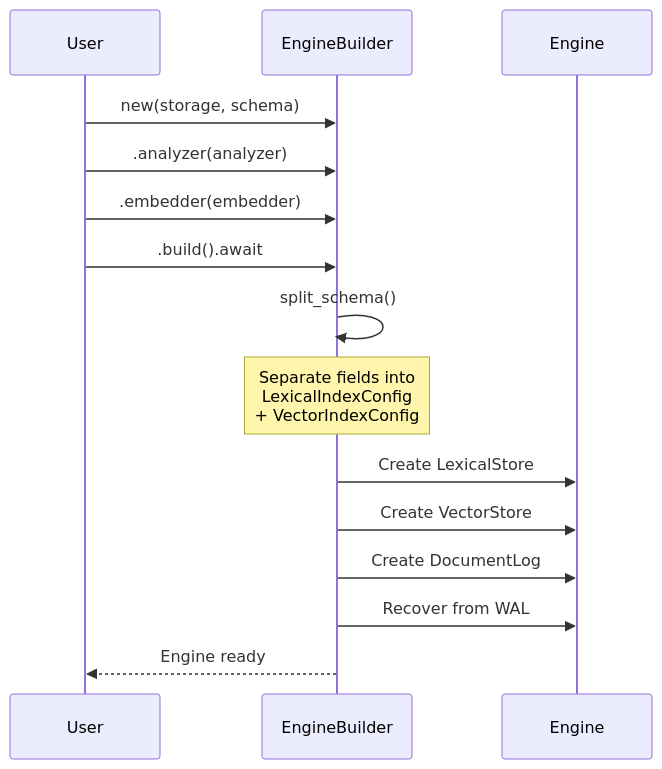
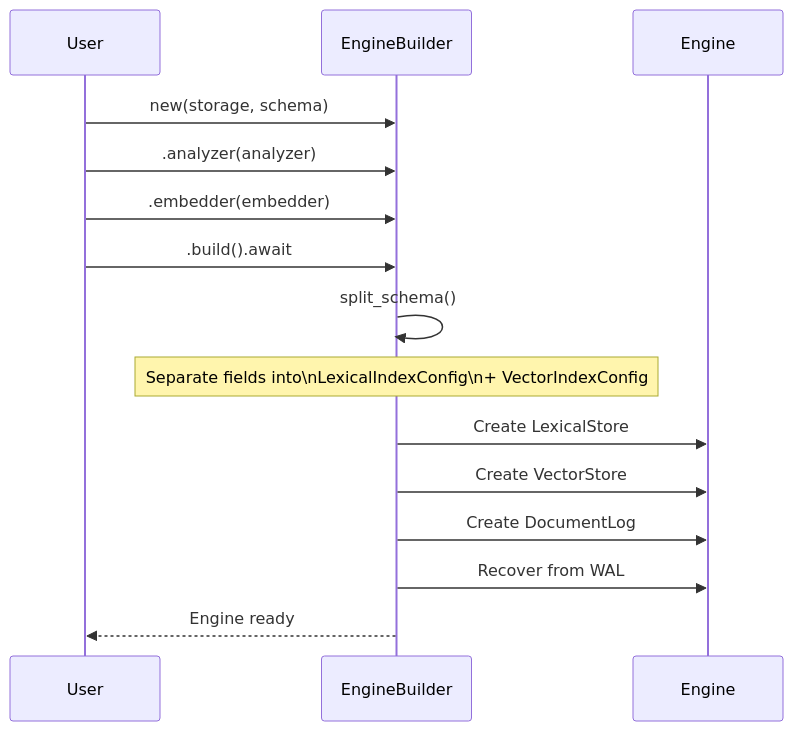
The second of 7 diagrams in docs/src/architecture.md (mosuka/iris), drawn with Mermaid before and after one commit. The commit also changed other lines of this file and 10 other files, not shown here.

Commit message:
Fix Mermaid diagrams

````diff
--- a/docs/src/architecture.md
+++ b/docs/src/architecture.md
@@ -48,18 +48,18 @@
-<div class="mermaid">
+```mermaid
 sequenceDiagram
     participant User
     participant EngineBuilder
     participant Engine
 
     User->>EngineBuilder: new(storage, schema)
     User->>EngineBuilder: .analyzer(analyzer)
     User->>EngineBuilder: .embedder(embedder)
     User->>EngineBuilder: .build().await
     EngineBuilder->>EngineBuilder: split_schema()
-    Note over EngineBuilder: Separate fields into<br/>LexicalIndexConfig<br/>+ VectorIndexConfig
+    Note over EngineBuilder: Separate fields into\nLexicalIndexConfig\n+ VectorIndexConfig
     EngineBuilder->>Engine: Create LexicalStore
     EngineBuilder->>Engine: Create VectorStore
     EngineBuilder->>Engine: Create DocumentLog
     EngineBuilder->>Engine: Recover from WAL
     EngineBuilder-->>User: Engine ready
-</div>
+```
````
